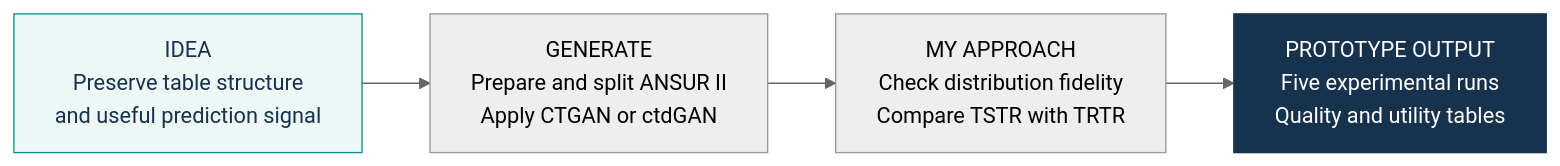
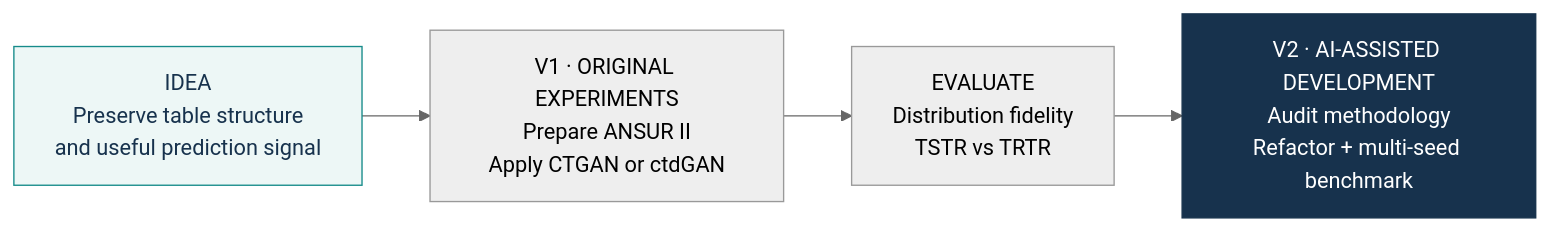
One commit to trungnb/ANSUR-II-CTGAN-Benchmark changed the diagram in README.md. Above: the diagram before and after it, drawn with Mermaid (neutral theme). The commit also changed other lines of this file and 21 other files, not shown here.

First line of the commit message:
Add V2 AI-assisted reproducible benchmark

````diff
--- a/README.md
+++ b/README.md
@@ -7,11 +12,11 @@
 ```mermaid
 flowchart LR
     Q["IDEA<br/>Preserve table structure<br/>and useful prediction signal"]
-    Q --> A["GENERATE<br/>Prepare and split ANSUR II<br/>Apply CTGAN or ctdGAN"]
-    A --> B["MY APPROACH<br/>Check distribution fidelity<br/>Compare TSTR with TRTR"]
-    B --> C["PROTOTYPE OUTPUT<br/>Five experimental runs<br/>Quality and utility tables"]
+    Q --> A["V1 · ORIGINAL EXPERIMENTS<br/>Prepare ANSUR II<br/>Apply CTGAN or ctdGAN"]
+    A --> B["EVALUATE<br/>Distribution fidelity<br/>TSTR vs TRTR"]
+    B --> C["V2 · AI-ASSISTED DEVELOPMENT<br/>Audit methodology<br/>Refactor + multi-seed benchmark"]
     classDef idea fill:#EDF7F6,stroke:#168B8A,color:#17324D
     classDef output fill:#17324D,stroke:#17324D,color:#FFFFFF
     class Q idea
     class C output
 ```
````
